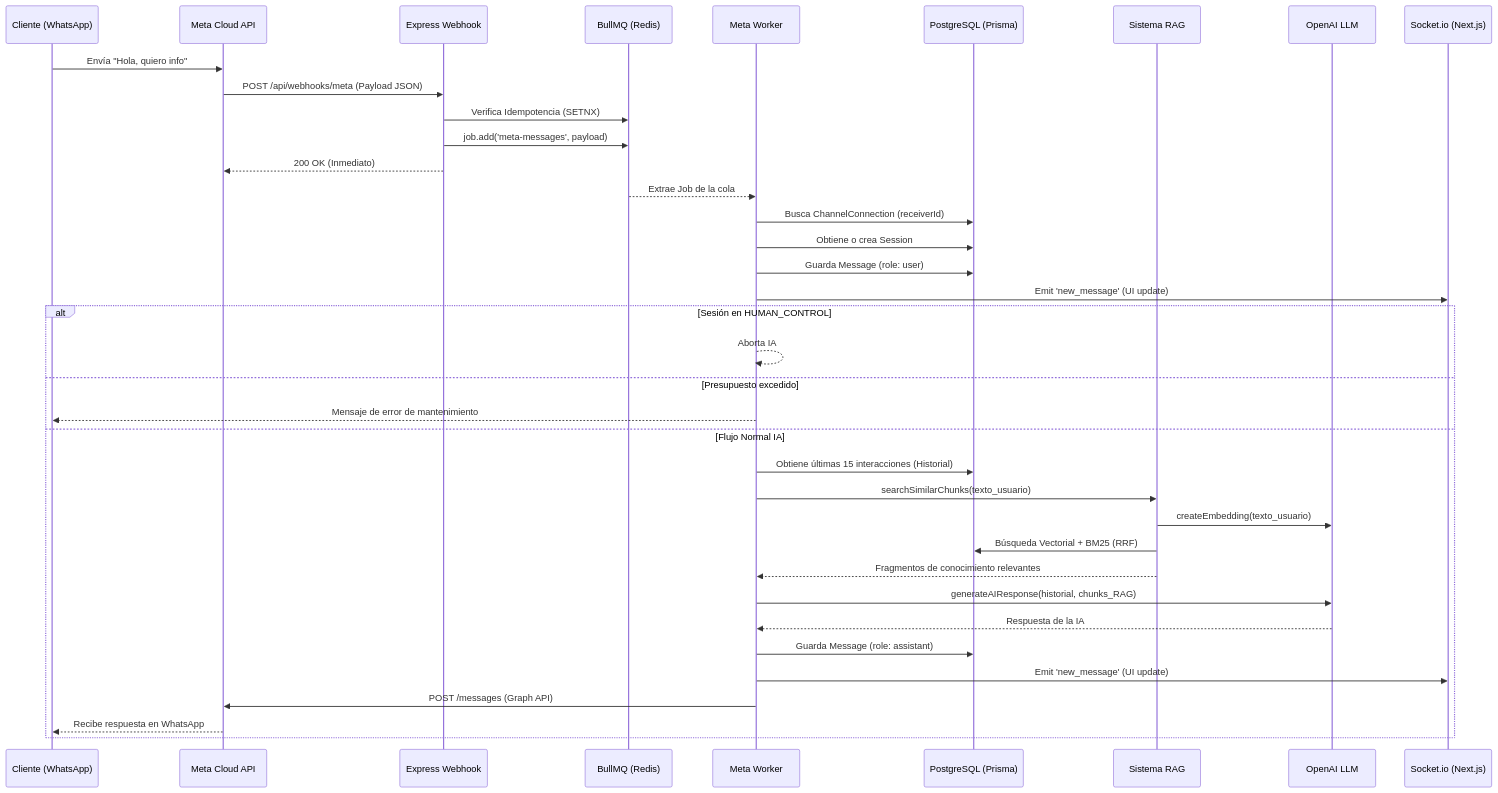
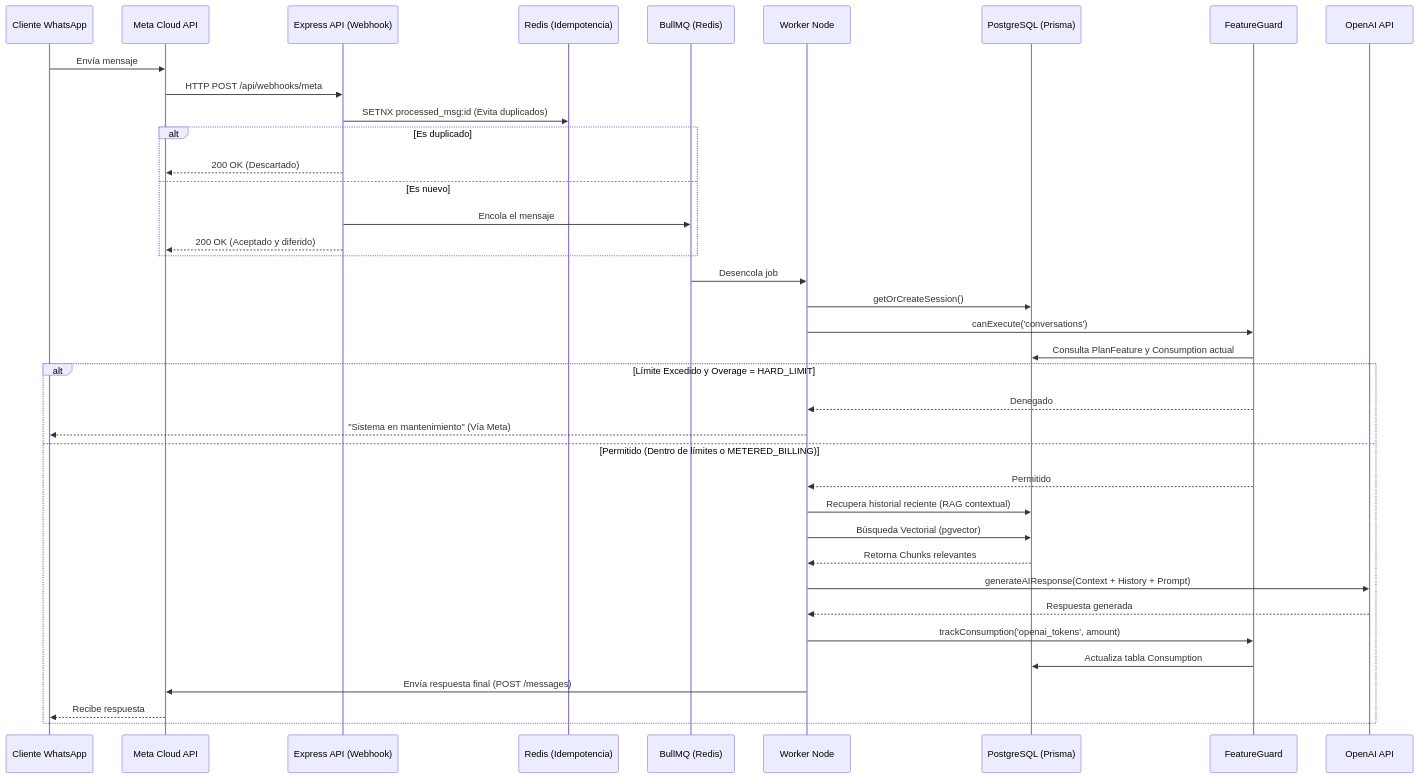
One commit to angelrobledano/automata changed the first of 2 diagrams in docs/architecture/data-flow.md. Above: the diagram before and after it, drawn with Mermaid. The commit also changed other lines of this file and 22 other files, not shown here.

````diff
--- a/docs/architecture/data-flow.md
+++ b/docs/architecture/data-flow.md
@@ -7,46 +7,45 @@
 ```mermaid
 sequenceDiagram
-    participant User as Cliente (WhatsApp)
+    participant User as Cliente WhatsApp
     participant Meta as Meta Cloud API
-    participant Webhook as Express Webhook
-    participant Redis as BullMQ (Redis)
-    participant Worker as Meta Worker
+    participant Webhook as Express API (Webhook)
+    participant Redis as Redis (Idempotencia)
+    participant Queue as BullMQ (Redis)
+    participant Worker as Worker Node
     participant DB as PostgreSQL (Prisma)
-    participant RAG as Sistema RAG
-    participant OpenAI as OpenAI LLM
-    participant Socket as Socket.io (Next.js)
+    participant Guard as FeatureGuard
+    participant OpenAI as OpenAI API
 
-    User->>Meta: Envía "Hola, quiero info"
-    Meta->>Webhook: POST /api/webhooks/meta (Payload JSON)
+    User->>Meta: Envía mensaje
+    Meta->>Webhook: HTTP POST /api/webhooks/meta
+    Webhook->>Redis: SETNX processed_msg:id (Evita duplicados)
+    alt Es duplicado
+        Webhook-->>Meta: 200 OK (Descartado)
+    else Es nuevo
+        Webhook->>Queue: Encola el mensaje
+        Webhook-->>Meta: 200 OK (Aceptado y diferido)
+    end
+
+    Queue->>Worker: Desencola job
+    Worker->>DB: getOrCreateSession()
     
-    Webhook->>Redis: Verifica Idempotencia (SETNX)
-    Webhook->>Redis: job.add('meta-messages', payload)
-    Webhook-->>Meta: 200 OK (Inmediato)
-    
-    Redis-->>Worker: Extrae Job de la cola
-    Worker->>DB: Busca ChannelConnection (receiverId)
-    Worker->>DB: Obtiene o crea Session
-    Worker->>DB: Guarda Message (role: user)
-    Worker->>Socket: Emit 'new_message' (UI update)
-    
-    alt Sesión en HUMAN_CONTROL
-        Worker-->>Worker: Aborta IA
-    else Presupuesto excedido
-        Worker-->>User: Mensaje de error de mantenimiento
-    else Flujo Normal IA
-        Worker->>DB: Obtiene últimas 15 interacciones (Historial)
-        Worker->>RAG: searchSimilarChunks(texto_usuario)
-        RAG->>OpenAI: createEmbedding(texto_usuario)
-        RAG->>DB: Búsqueda Vectorial + BM25 (RRF)
-        RAG-->>Worker: Fragmentos de conocimiento relevantes
+    Worker->>Guard: canExecute('conversations')
+    Guard->>DB: Consulta PlanFeature y Consumption actual
+    alt Límite Excedido y Overage = HARD_LIMIT
+        Guard-->>Worker: Denegado
+        Worker-->>User: "Sistema en mantenimiento" (Vía Meta)
+    else Permitido (Dentro de límites o METERED_BILLING)
+        Guard-->>Worker: Permitido
         
-        Worker->>OpenAI: generateAIResponse(historial, chunks_RAG)
-        OpenAI-->>Worker: Respuesta de la IA
+        Worker->>DB: Recupera historial reciente (RAG contextual)
+        Worker->>DB: Búsqueda Vectorial (pgvector)
+        DB-->>Worker: Retorna Chunks relevantes
+        Worker->>OpenAI: generateAIResponse(Context + History + Prompt)
+        OpenAI-->>Worker: Respuesta generada
         
-        Worker->>DB: Guarda Message (role: assistant)
-        Worker->>Socket: Emit 'new_message' (UI update)
-        
-        Worker->>Meta: POST /messages (Graph API)
-        Meta-->>User: Recibe respuesta en WhatsApp
+        Worker->>Guard: trackConsumption('openai_tokens', amount)
+        Guard->>DB: Actualiza tabla Consumption
+        Worker->>Meta: Envía respuesta final (POST /messages)
+        Meta-->>User: Recibe respuesta
     end
 ```
````
